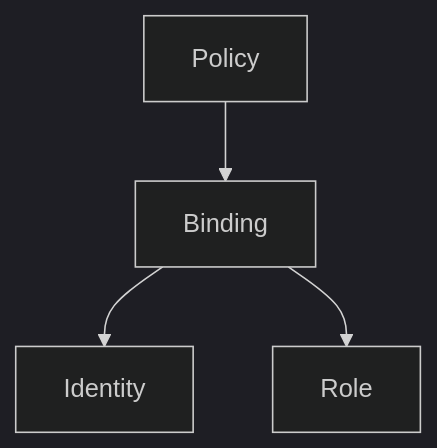
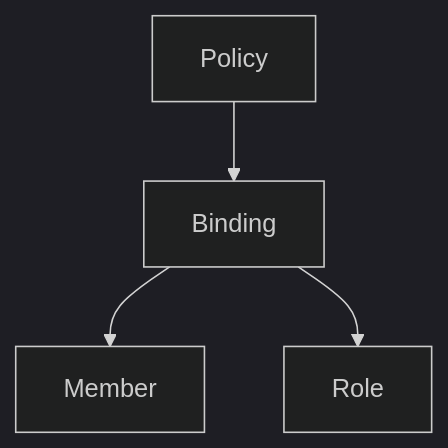
Before and after one commit to conti0513/development_public: the third of 10 diagrams in 06_LAB/01_GCP_ACE_HACK/sessions_ver262/01_iam.md, drawn with Mermaid (dark theme). The commit also changed other lines of this file and 22 other files, not shown here.

````diff
--- a/06_LAB/01_GCP_ACE_HACK/sessions_ver262/01_iam.md
+++ b/06_LAB/01_GCP_ACE_HACK/sessions_ver262/01_iam.md
@@ -175,7 +98,6 @@
 ```mermaid
 graph TD
-
 Policy --> Binding
-Binding --> Identity
+Binding --> Member
 Binding --> Role
 ```
````
